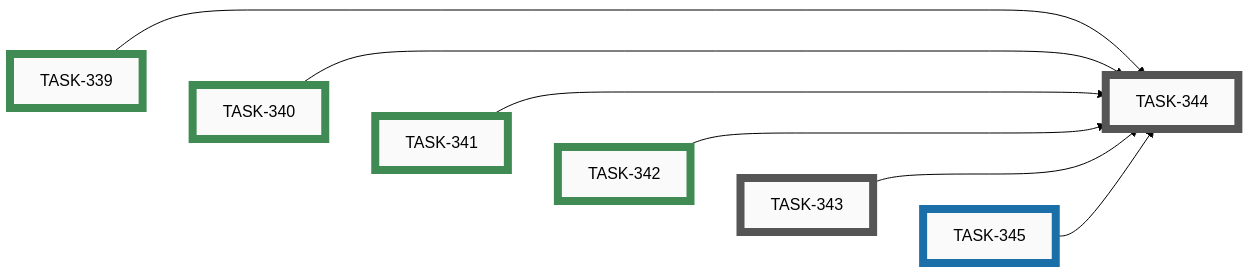
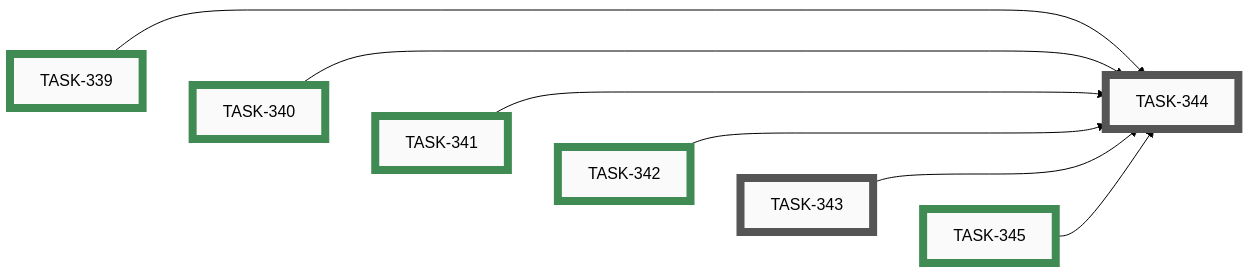
Before and after one commit to tgd1975/AwesomeStudioPedal: the ninth of 10 diagrams in docs/developers/tasks/EPICS.md, drawn with Mermaid (forest theme). The commit also changed other lines of this file and 3 other files, not shown here.

Commit message:
close TASK-345: Swap Android launcher icon to ASP mark

````diff
--- a/docs/developers/tasks/EPICS.md
+++ b/docs/developers/tasks/EPICS.md
@@ -376,32 +376,32 @@
 ```mermaid
 graph LR
     TASK_343["TASK-343"]:::open
     TASK_344["TASK-344"]:::open
-    TASK_345["TASK-345"]:::active
     TASK_339["TASK-339"]:::closed
     TASK_340["TASK-340"]:::closed
     TASK_341["TASK-341"]:::closed
     TASK_342["TASK-342"]:::closed
+    TASK_345["TASK-345"]:::closed
     TASK_339 --> TASK_344
     TASK_340 --> TASK_344
     TASK_341 --> TASK_344
     TASK_342 --> TASK_344
     TASK_343 --> TASK_344
     TASK_345 --> TASK_344
     TASK_339 ~~~ TASK_340 ~~~ TASK_341 ~~~ TASK_342 ~~~ TASK_343 ~~~ TASK_345
     click TASK_343 "open/task-343-add-github-social-preview-image.md"
     click TASK_344 "open/task-344-archive-idea-049-after-logo-tasks-shipped.md"
-    click TASK_345 "active/task-345-swap-android-launcher-icon-to-asp-mark.md"
     click TASK_339 "closed/task-339-add-asp-logo-to-web-simulator-header.md"
     click TASK_340 "closed/task-340-add-asp-logo-to-profile-builder-header.md"
     click TASK_341 "closed/task-341-add-asp-logo-to-configuration-builder-header.md"
     click TASK_342 "closed/task-342-add-asp-logo-to-mobile-app-appbar.md"
+    click TASK_345 "closed/task-345-swap-android-launcher-icon-to-asp-mark.md"
     classDef open    fill:#FAFAFA,stroke:#555,stroke-width:8px,color:#000
     classDef active  fill:#FAFAFA,stroke:#1A6FA8,stroke-width:8px,color:#000
     classDef closed  fill:#FAFAFA,stroke:#3F8B53,stroke-width:8px,color:#000
     classDef paused  fill:#FAFAFA,stroke:#B07810,stroke-width:8px,color:#000
     classDef openExt    fill:#000,stroke:#888,stroke-width:8px,color:#FFF
     classDef activeExt  fill:#000,stroke:#3FA9F5,stroke-width:8px,color:#FFF
     classDef closedExt  fill:#000,stroke:#7CC68A,stroke-width:8px,color:#FFF
     classDef pausedExt  fill:#000,stroke:#F0B030,stroke-width:8px,color:#FFF
 ```
````
